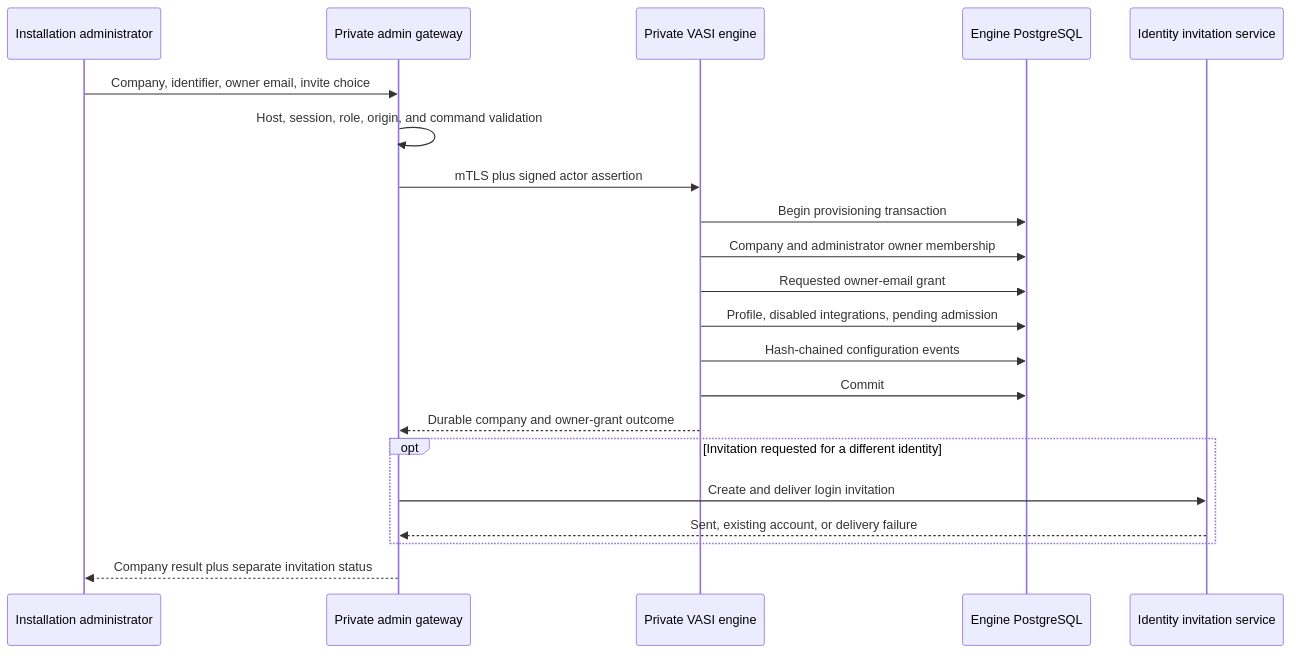
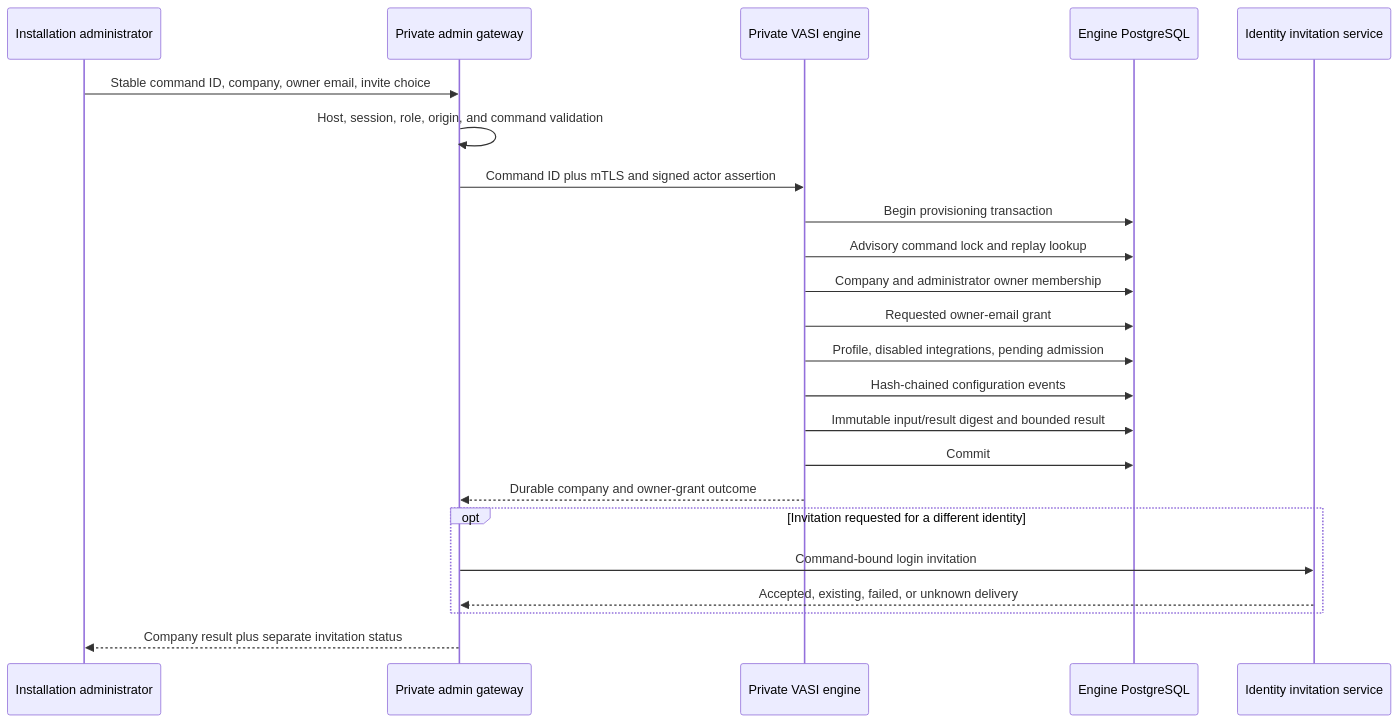
One commit to AznIronMan/VASI changed the diagram in docs/architecture/company-provisioning-and-owner-handoff.md. Above: the diagram before and after it, drawn with Mermaid. The commit also changed other lines of this file and 51 other files, not shown here.

Commit message:
Make company provisioning replay-safe

````diff
--- a/docs/architecture/company-provisioning-and-owner-handoff.md
+++ b/docs/architecture/company-provisioning-and-owner-handoff.md
@@ -27,24 +29,26 @@
 ```mermaid
 sequenceDiagram
   participant A as Installation administrator
   participant G as Private admin gateway
   participant E as Private VASI engine
   participant D as Engine PostgreSQL
   participant I as Identity invitation service
 
-  A->>G: Company, identifier, owner email, invite choice
+  A->>G: Stable command ID, company, owner email, invite choice
   G->>G: Host, session, role, origin, and command validation
-  G->>E: mTLS plus signed actor assertion
+  G->>E: Command ID plus mTLS and signed actor assertion
   E->>D: Begin provisioning transaction
+  E->>D: Advisory command lock and replay lookup
   E->>D: Company and administrator owner membership
   E->>D: Requested owner-email grant
   E->>D: Profile, disabled integrations, pending admission
   E->>D: Hash-chained configuration events
+  E->>D: Immutable input/result digest and bounded result
   E->>D: Commit
   E-->>G: Durable company and owner-grant outcome
   opt Invitation requested for a different identity
-    G->>I: Create and deliver login invitation
-    I-->>G: Sent, existing account, or delivery failure
+    G->>I: Command-bound login invitation
+    I-->>G: Accepted, existing, failed, or unknown delivery
   end
   G-->>A: Company result plus separate invitation status
 ```
````
